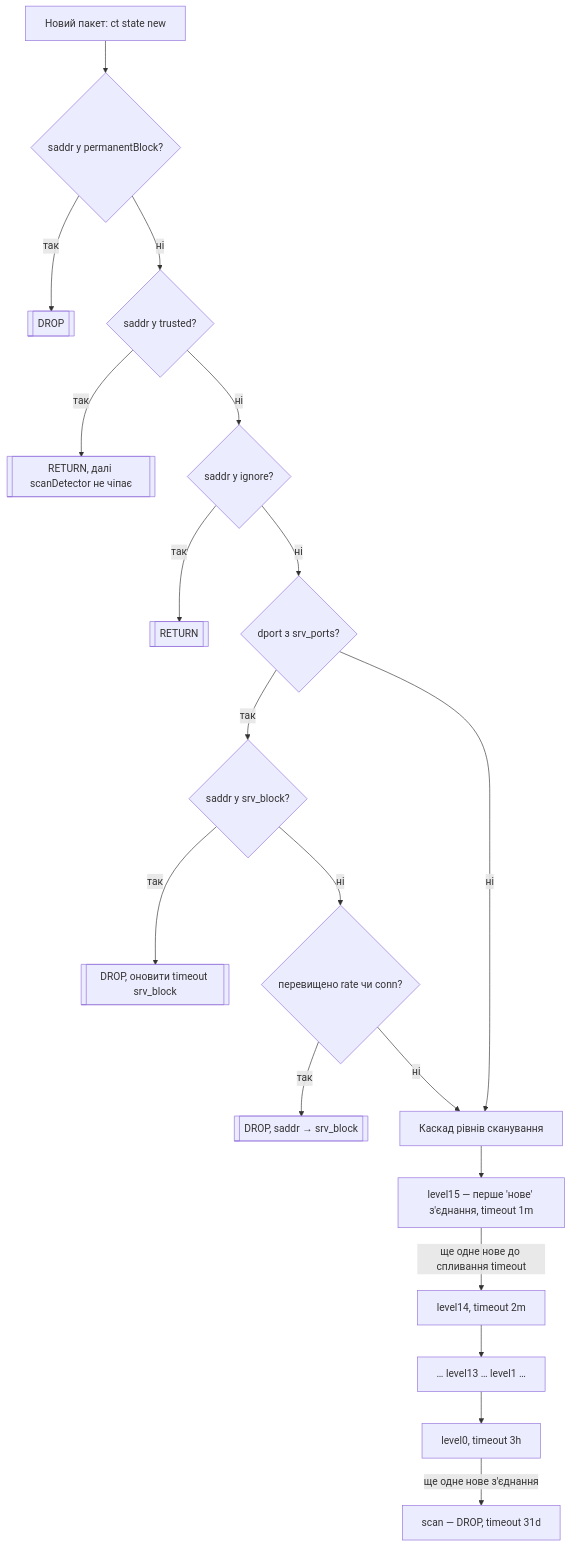
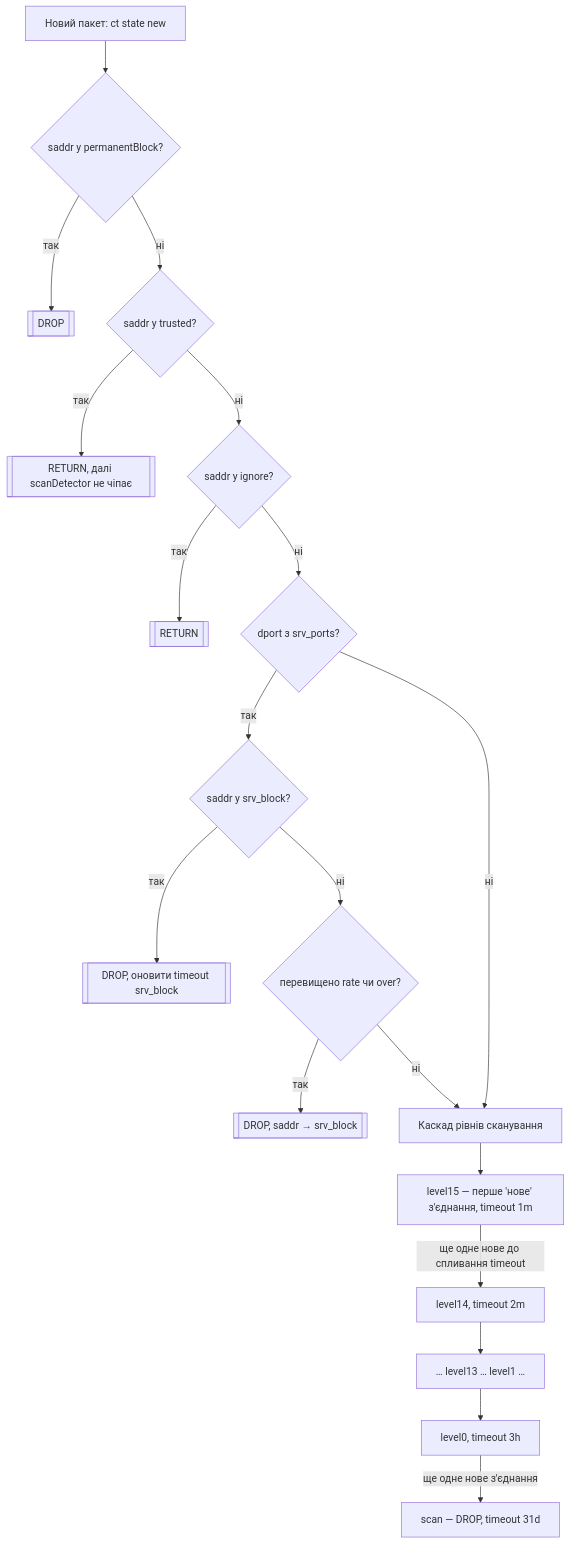
Before and after one commit to oldengremlin/scan-detector: the first of 2 diagrams in README.md, drawn with Mermaid. The commit also changed other lines of this file and 3 other files, not shown here.

````diff
--- a/README.md
+++ b/README.md
@@ -160,23 +160,23 @@
 ```mermaid
 flowchart TD
     A[Новий пакет: ct state new] --> B{saddr у permanentBlock?}
     B -- так --> D1[[DROP]]
     B -- ні --> C{saddr у trusted?}
     C -- так --> R1[[RETURN, далі scanDetector не чіпає]]
     C -- ні --> E{saddr у ignore?}
     E -- так --> R2[[RETURN]]
     E -- ні --> F{dport з srv_ports?}
 
     F -- так --> G{saddr у srv_block?}
     G -- так --> D2[[DROP, оновити timeout srv_block]]
-    G -- ні --> G2{перевищено rate чи conn?}
+    G -- ні --> G2{перевищено rate чи over?}
     G2 -- так --> D3[[DROP, saddr → srv_block]]
     G2 -- ні --> H
 
     F -- ні --> H[Каскад рівнів сканування]
     H --> L15["level15 — перше 'нове' з'єднання, timeout 1m"]
     L15 -->|ще одне нове до спливання timeout| L14["level14, timeout 2m"]
     L14 --> LDOTS["… level13 … level1 …"]
     LDOTS --> L0["level0, timeout 3h"]
     L0 -->|ще одне нове з'єднання| SCAN["scan — DROP, timeout 31d"]
 ```
````
